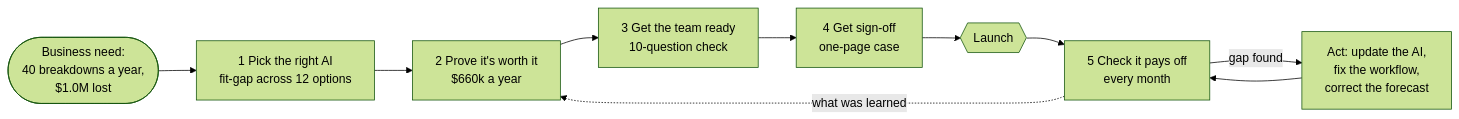
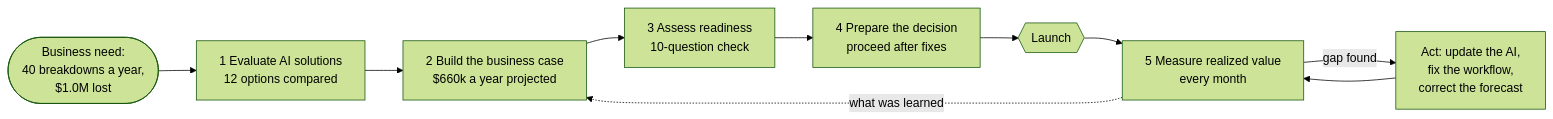
One commit to chaialishekar/AI-ROI-Navigator changed the first of 3 diagrams in docs/requirements.md. Above: the diagram before and after it, drawn with Mermaid (forest theme). The commit also changed other lines of this file and 13 other files, not shown here.

````diff
--- a/docs/requirements.md
+++ b/docs/requirements.md
@@ -18,12 +18,12 @@
 ```mermaid
 flowchart LR
-    N([Business need:<br/>40 breakdowns a year,<br/>$1.0M lost]) --> A[1 Pick the right AI<br/>fit-gap across 12 options]
-    A --> B[2 Prove it's worth it<br/>$660k a year]
-    B --> C[3 Get the team ready<br/>10-question check]
-    C --> D[4 Get sign-off<br/>one-page case]
+    N([Business need:<br/>40 breakdowns a year,<br/>$1.0M lost]) --> A[1 Evaluate AI solutions<br/>12 options compared]
+    A --> B[2 Build the business case<br/>$660k a year projected]
+    B --> C[3 Assess readiness<br/>10-question check]
+    C --> D[4 Prepare the decision<br/>proceed after fixes]
     D --> L{{Launch}}
-    L --> E[5 Check it pays off<br/>every month]
+    L --> E[5 Measure realized value<br/>every month]
     E -- gap found --> F[Act: update the AI,<br/>fix the workflow,<br/>correct the forecast]
     F --> E
     E -. what was learned .-> B
 ```
````
